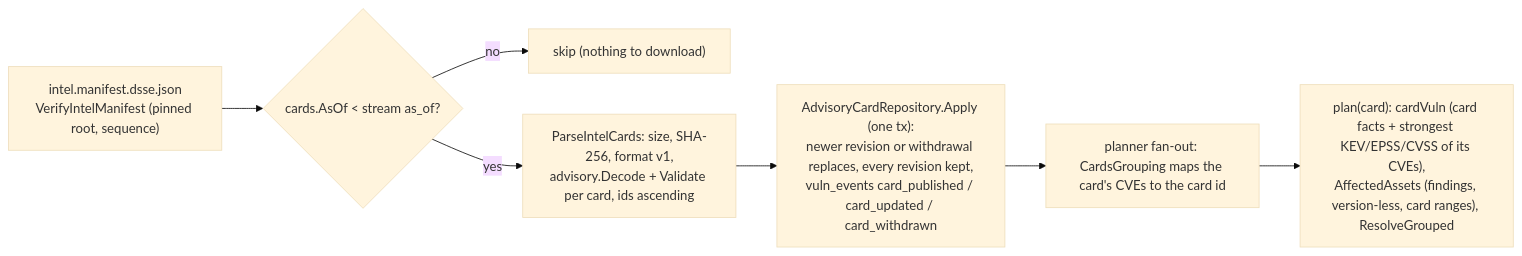
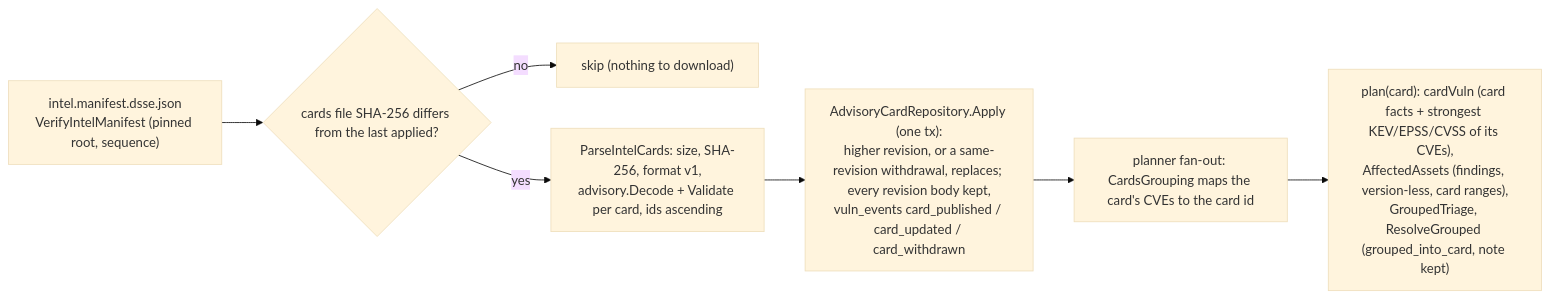
One commit to openctemio/openctem changed the fourth of 4 diagrams in server/docs/architecture/emerging-threat-alerts.md. Above: the diagram before and after it, drawn with Mermaid (base theme). The commit also changed other lines of this file and 22 other files, not shown here.

````diff
--- a/server/docs/architecture/emerging-threat-alerts.md
+++ b/server/docs/architecture/emerging-threat-alerts.md
@@ -103,9 +103,9 @@
 ```mermaid
 flowchart LR
-  M["intel.manifest.dsse.json<br/>VerifyIntelManifest (pinned root, sequence)"] --> W{"cards.AsOf < stream as_of?"}
+  M["intel.manifest.dsse.json<br/>VerifyIntelManifest (pinned root, sequence)"] --> W{"cards file SHA-256 differs from the last applied?"}
   W -- no --> S["skip (nothing to download)"]
   W -- yes --> P["ParseIntelCards: size, SHA-256, format v1,<br/>advisory.Decode + Validate per card, ids ascending"]
-  P --> A["AdvisoryCardRepository.Apply (one tx):<br/>newer revision or withdrawal replaces, every revision kept,<br/>vuln_events card_published / card_updated / card_withdrawn"]
+  P --> A["AdvisoryCardRepository.Apply (one tx):<br/>higher revision, or a same-revision withdrawal, replaces; every revision body kept,<br/>vuln_events card_published / card_updated / card_withdrawn"]
   A --> F["planner fan-out: CardsGrouping maps the card's CVEs to the card id"]
-  F --> PL["plan(card): cardVuln (card facts + strongest KEV/EPSS/CVSS of its CVEs),<br/>AffectedAssets (findings, version-less, card ranges), ResolveGrouped"]
+  F --> PL["plan(card): cardVuln (card facts + strongest KEV/EPSS/CVSS of its CVEs),<br/>AffectedAssets (findings, version-less, card ranges),<br/>GroupedTriage, ResolveGrouped (grouped_into_card, note kept)"]
 ```
````
